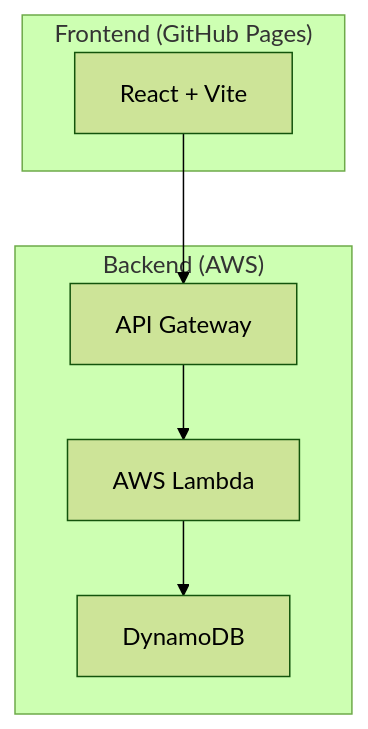
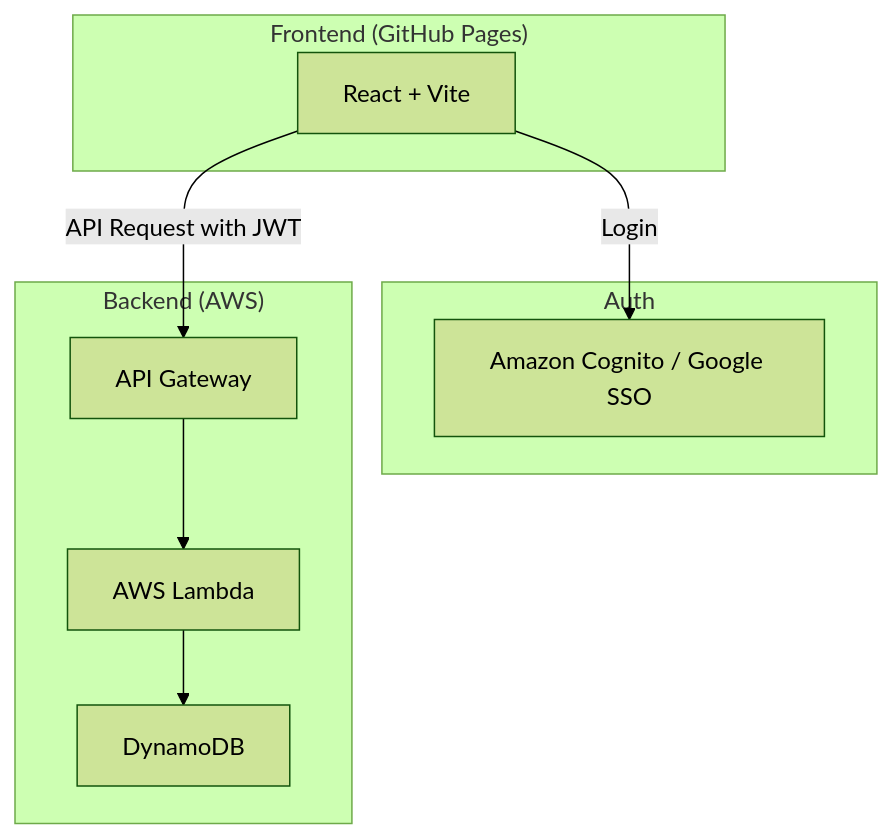
One commit to bamiyanapp/uchi-stock changed the diagram in README.md. Above: the diagram before and after it, drawn with Mermaid (forest theme). The commit also changed other lines of this file and 9 other files, not shown here.

````diff
--- a/README.md
+++ b/README.md
@@ -39,13 +40,18 @@
 ```mermaid
 graph TD
     subgraph "Frontend (GitHub Pages)"
         I[React + Vite]
+    end
+
+    subgraph "Auth"
+        C[Amazon Cognito / Google SSO]
     end
 
     subgraph "Backend (AWS)"
         J[API Gateway] --> K[AWS Lambda];
         K --> L[DynamoDB];
     end
 
-    I --> J;
+    I -- Login --> C;
+    I -- API Request with JWT --> J;
 ```
````
